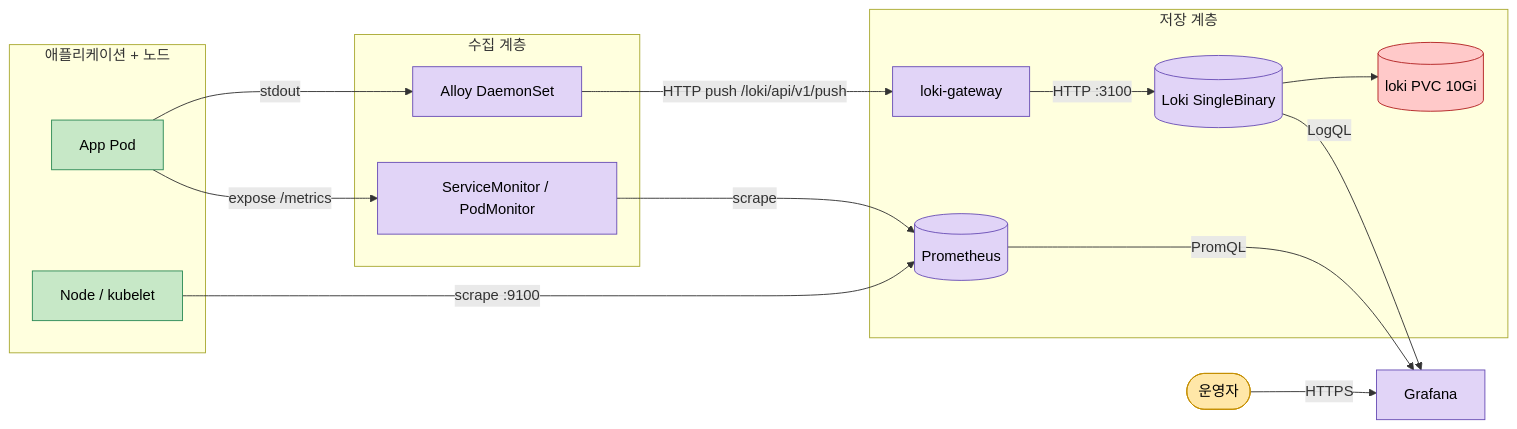
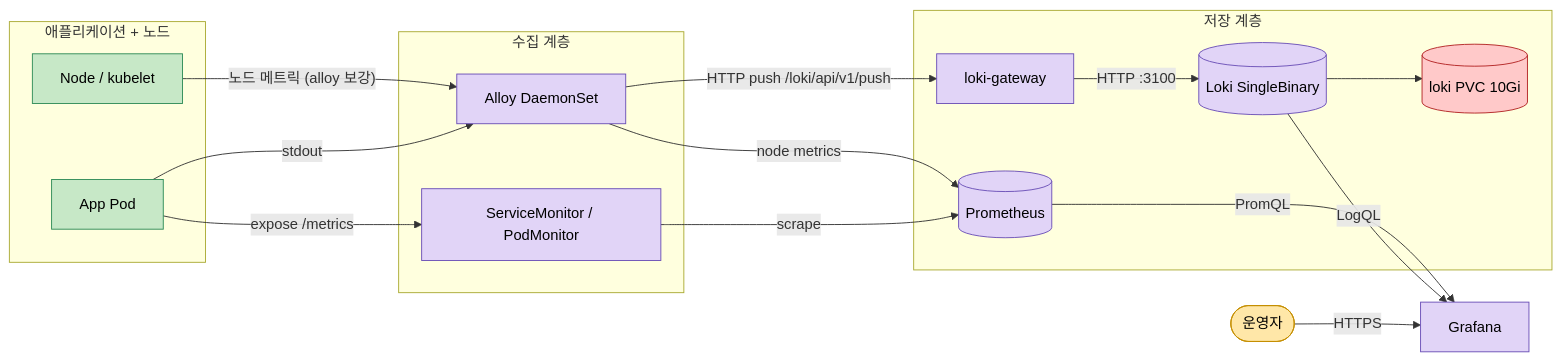
One commit to OpenTraum/OpenTraum-Infra changed the second of 3 diagrams in docs/OPENTRAUM-INFRA-05-MONITORING.md. Above: the diagram before and after it, drawn with Mermaid. The commit also changed other lines of this file and 12 other files, not shown here.

````diff
--- a/docs/OPENTRAUM-INFRA-05-MONITORING.md
+++ b/docs/OPENTRAUM-INFRA-05-MONITORING.md
@@ -233,52 +237,53 @@
 ```mermaid
 flowchart LR
     classDef user fill:#FFE7A8,stroke:#C58E00,color:#000
     classDef ingress fill:#A8D8FF,stroke:#1F6FB2,color:#000
     classDef app fill:#C7E8C7,stroke:#2E8B57,color:#000
     classDef data fill:#FFC9C9,stroke:#B22222,color:#000
     classDef obs fill:#E1D4F7,stroke:#6A4FB6,color:#000
 
     User([운영자])
 
     subgraph apps[애플리케이션 + 노드]
         App[App Pod]
         Node[Node / kubelet]
     end
 
     subgraph collect[수집 계층]
         Alloy[Alloy DaemonSet]
         SM[ServiceMonitor / PodMonitor]
     end
 
     subgraph backend[저장 계층]
         Prom[(Prometheus)]
         LokiGW[loki-gateway]
         Loki[(Loki SingleBinary)]
         LokiPVC[(loki PVC 10Gi)]
     end
 
     Grafana[Grafana]
 
     %% Metrics
-    Node -- "scrape :9100" --> Prom
+    Node -- "노드 메트릭 (alloy 보강)" --> Alloy
+    Alloy -- "node metrics" --> Prom
     App -- "expose /metrics" --> SM
     SM -- "scrape" --> Prom
 
     %% Logs
     App -- "stdout" --> Alloy
     Alloy -- "HTTP push /loki/api/v1/push" --> LokiGW
     LokiGW -- "HTTP :3100" --> Loki
     Loki --> LokiPVC
 
     %% Read path
     Prom -- "PromQL" --> Grafana
     Loki -- "LogQL" --> Grafana
     User -- "HTTPS" --> Grafana
 
     class User user
     class Grafana obs
     class Alloy,SM obs
     class Prom,Loki,LokiGW obs
     class LokiPVC data
     class App,Node app
 ```
````
